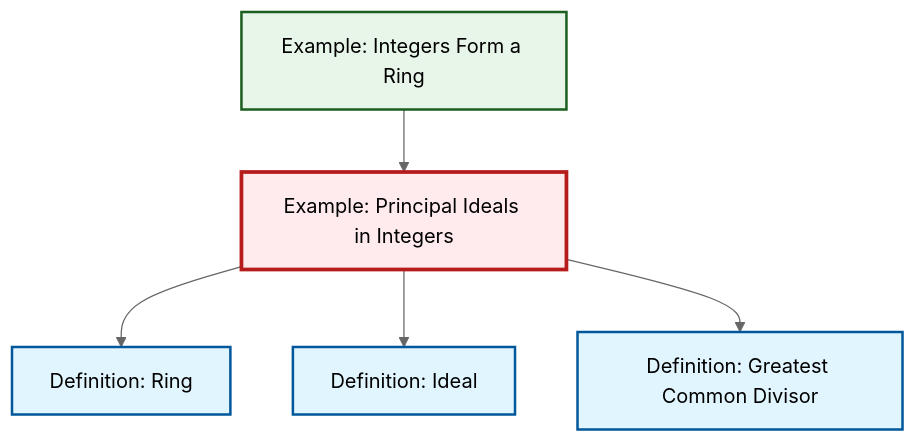
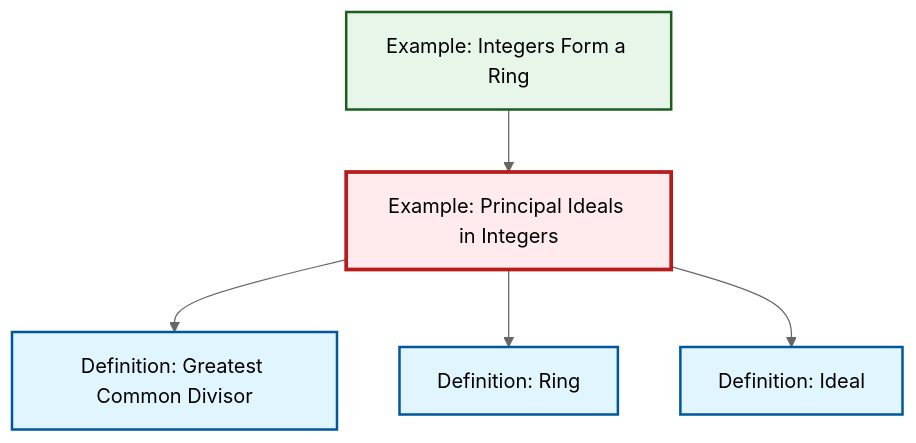
One commit to RK0429/ModernMath changed the diagram in content/ja/algebra/ex-principal-ideal.qmd. Above: the diagram before and after it, drawn with Mermaid (neutral theme). The commit also changed other lines of this file and 554 other files, not shown here.

````diff
--- a/content/ja/algebra/ex-principal-ideal.qmd
+++ b/content/ja/algebra/ex-principal-ideal.qmd
@@ -64,23 +64,23 @@
 ```{mermaid}
 %%| fig-cap: "Local dependency graph"
 graph TD
     classDef definition fill:#e1f5fe,stroke:#01579b,stroke-width:2px
     classDef theorem fill:#f3e5f5,stroke:#4a148c,stroke-width:2px
     classDef axiom fill:#fff3e0,stroke:#e65100,stroke-width:2px
     classDef example fill:#e8f5e9,stroke:#1b5e20,stroke-width:2px
     classDef current fill:#ffebee,stroke:#b71c1c,stroke-width:3px
+    ex-principal-ideal["Example: Principal Ideals in Integers"]:::example
+    def-ring["Definition: Ring"]:::definition
     def-ideal["Definition: Ideal"]:::definition
+    ex-integers-ring["Example: Integers Form a Ring"]:::example
     def-gcd["Definition: Greatest Common Divisor"]:::definition
-    ex-integers-ring["Example: Integers Form a Ring"]:::example
-    def-ring["Definition: Ring"]:::definition
-    ex-principal-ideal["Example: Principal Ideals in Integers"]:::example
+    ex-principal-ideal --> def-gcd
+    ex-principal-ideal --> def-ring
     ex-integers-ring --> ex-principal-ideal
-    ex-principal-ideal --> def-ring
     ex-principal-ideal --> def-ideal
-    ex-principal-ideal --> def-gcd
     class ex-principal-ideal current
+    click def-ring "def-ring.html" "Definition: Ringへ"
     click def-ideal "def-ideal.html" "Definition: Idealへ"
+    click ex-integers-ring "ex-integers-ring.html" "Example: Integers Form a Ringへ"
     click def-gcd "def-gcd.html" "Definition: Greatest Common Divisorへ"
-    click ex-integers-ring "ex-integers-ring.html" "Example: Integers Form a Ringへ"
-    click def-ring "def-ring.html" "Definition: Ringへ"
 ```
````
